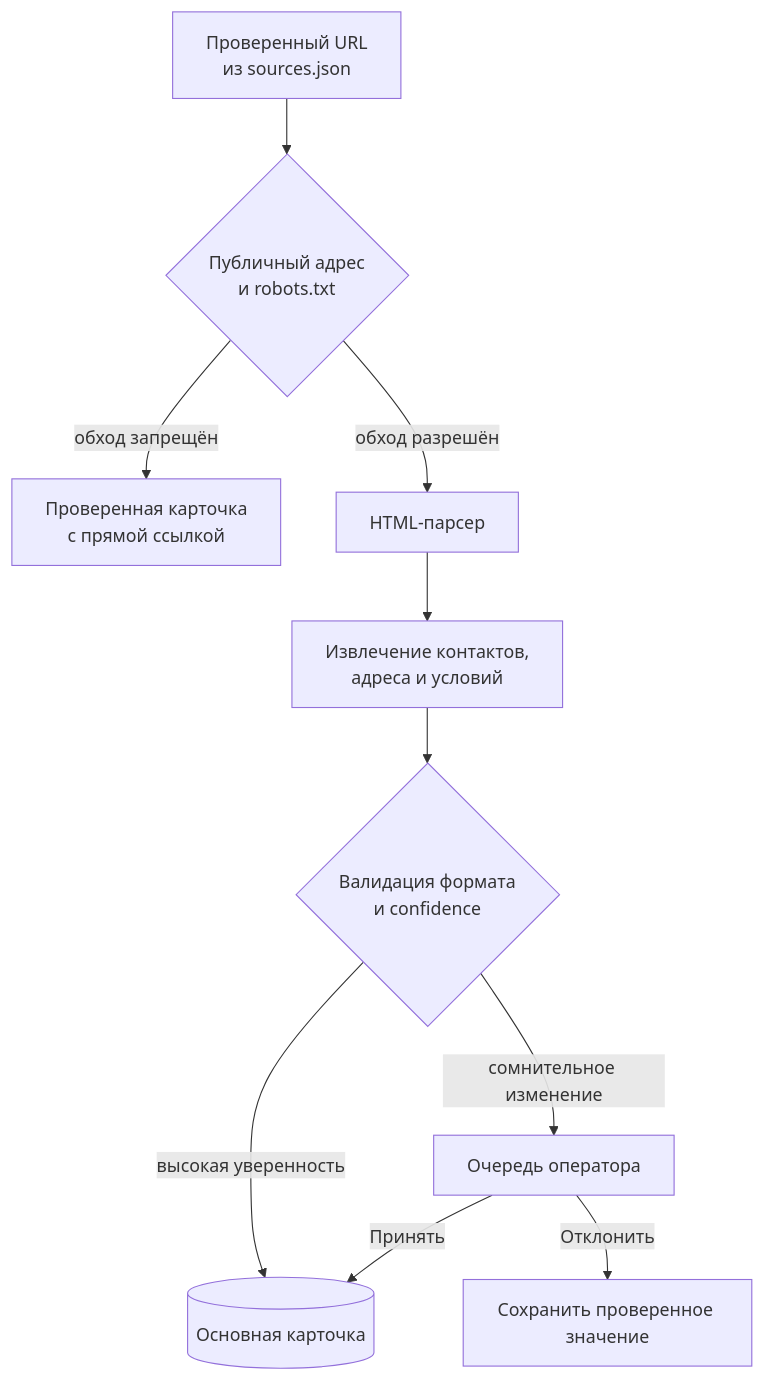
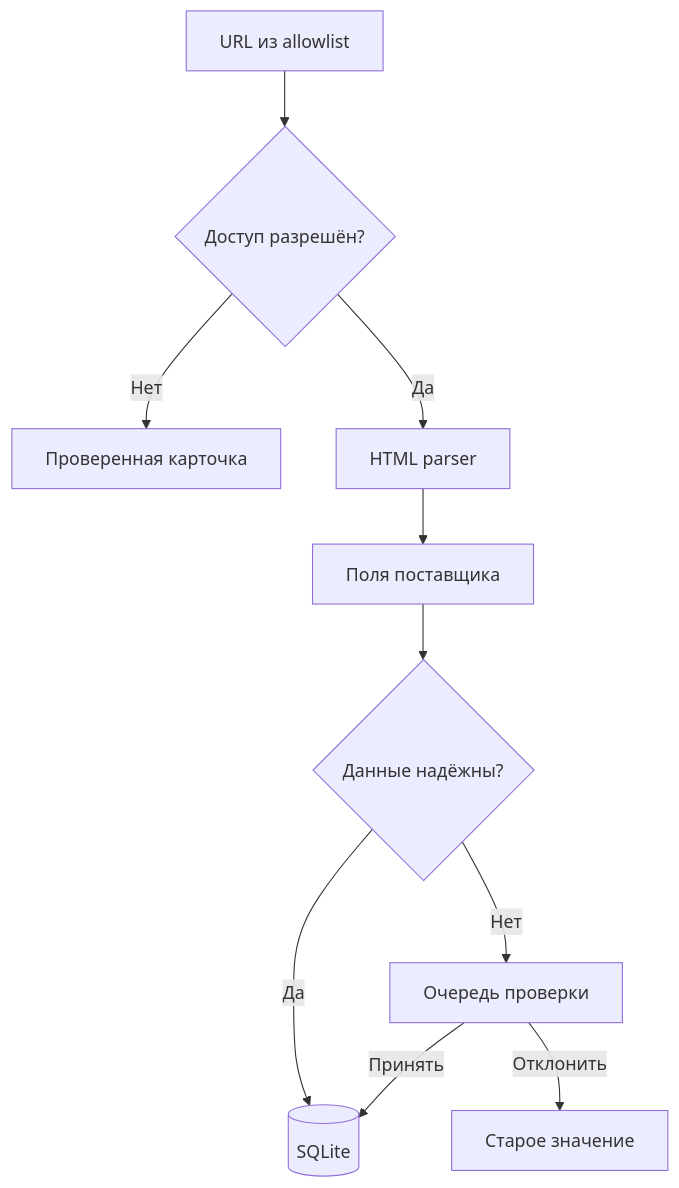
Before and after one commit to SeniorDanilBodrov/foodsource: the third of 3 diagrams in README.md, drawn with Mermaid. The commit also changed other lines of this file, not shown here.

Commit message:
Fix Mermaid labels in README [skip render]

````diff
--- a/README.md
+++ b/README.md
@@ -156,12 +156,12 @@
 ```mermaid
 flowchart TD
-    A[Проверенный URL<br/>из sources.json] --> B{Публичный адрес<br/>и robots.txt}
-    B -->|обход запрещён| C[Проверенная карточка<br/>с прямой ссылкой]
-    B -->|обход разрешён| P[HTML-парсер]
-    P --> F[Извлечение контактов,<br/>адреса и условий]
-    F --> V{Валидация формата<br/>и confidence}
-    V -->|высокая уверенность| DB[(Основная карточка)]
-    V -->|сомнительное изменение| Q[Очередь оператора]
+    A[URL из allowlist] --> B{Доступ разрешён?}
+    B -->|Нет| C[Проверенная карточка]
+    B -->|Да| P[HTML parser]
+    P --> F[Поля поставщика]
+    F --> V{Данные надёжны?}
+    V -->|Да| DB[(SQLite)]
+    V -->|Нет| Q[Очередь проверки]
     Q -->|Принять| DB
-    Q -->|Отклонить| OLD[Сохранить проверенное значение]
+    Q -->|Отклонить| OLD[Старое значение]
 ```
````
